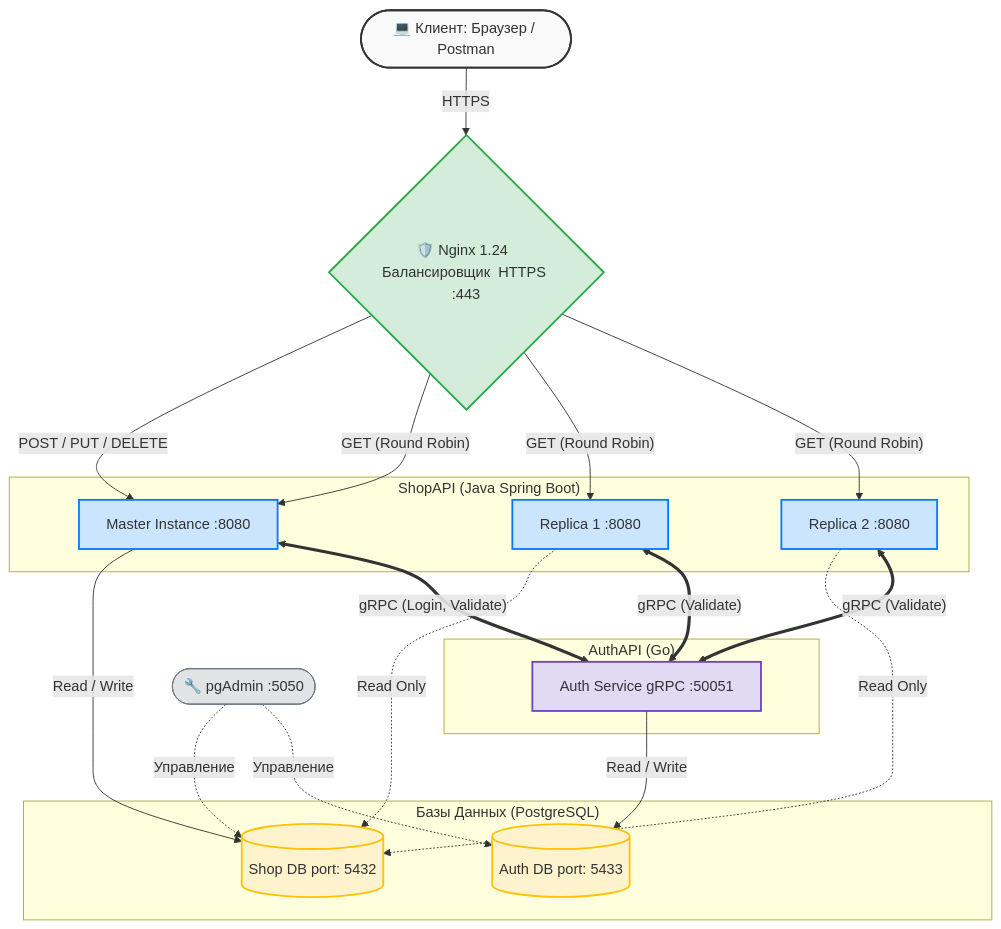
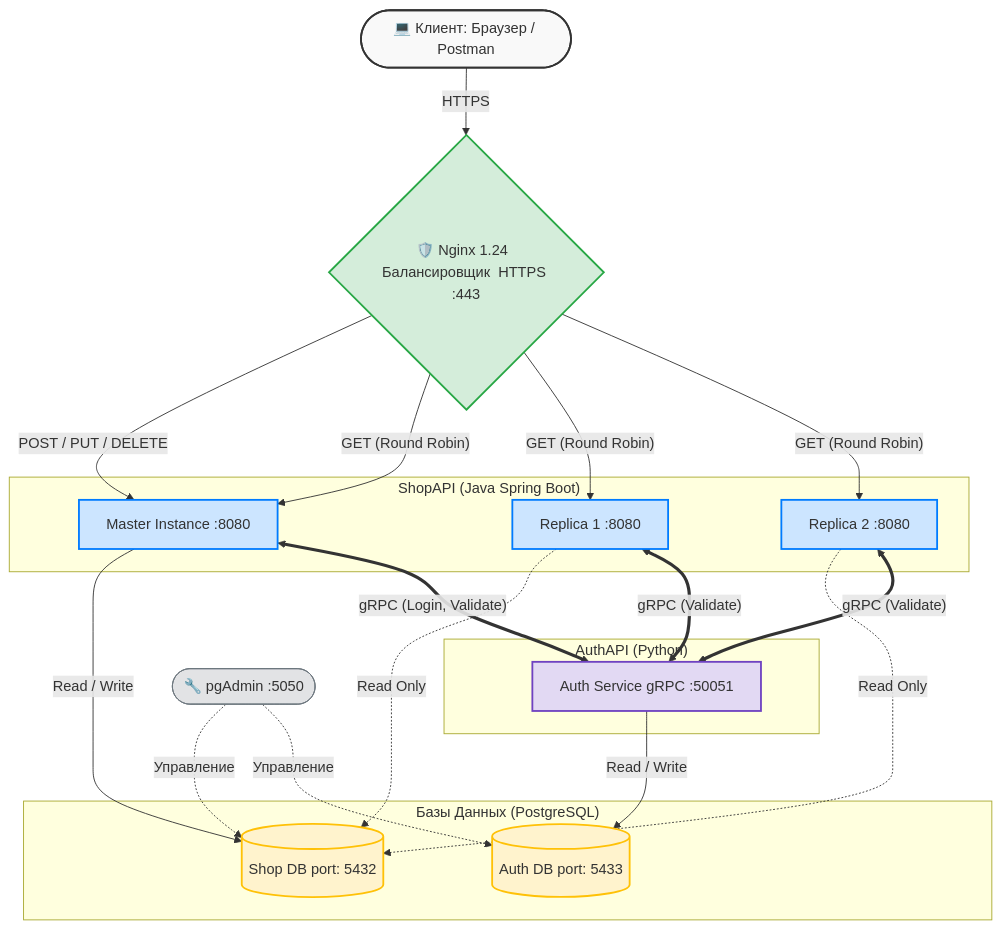
One commit to shepherl/BE4_GRPCAuth changed the diagram in architecture.md. Above: the diagram before and after it, drawn with Mermaid.

Commit message:
Исправил в схеме Go на Python

````diff
--- a/architecture.md
+++ b/architecture.md
@@ -1,48 +1,48 @@
  ```mermaid
   flowchart TD
       %% Определяем стили узлов
       classDef client fill:#f9f9f9,stroke:#333,stroke-width:2px;
       classDef nginx fill:#d4edda,stroke:#28a745,stroke-width:2px;
       classDef java fill:#cce5ff,stroke:#007bff,stroke-width:2px;
       classDef go fill:#e2d9f3,stroke:#6f42c1,stroke-width:2px;
       classDef db fill:#fff3cd,stroke:#ffc107,stroke-width:2px;
       classDef admin fill:#e2e3e5,stroke:#6c757d,stroke-width:1px;
 
       Client([💻 Клиент: Браузер / Postman]):::client
       Nginx{🛡️ Nginx 1.24  Балансировщик  HTTPS :443}:::nginx
 
       subgraph "ShopAPI (Java Spring Boot)"
           Master[Master Instance  :8080]:::java
           Rep1[Replica 1  :8080]:::java
           Rep2[Replica 2  :8080]:::java
       end
 
-      subgraph "AuthAPI (Go)"
+      subgraph "AuthAPI (Python)"
           Auth[Auth Service  gRPC :50051]:::go
       end
 
       subgraph "Базы Данных (PostgreSQL)"
           ShopDB[(Shop DB  port: 5432)]:::db
           AuthDB[(Auth DB  port: 5433)]:::db
       end
 
       Admin([🔧 pgAdmin  :5050]):::admin
 
       Client -- HTTPS --> Nginx
       Nginx -- "POST / PUT / DELETE" --> Master
       Nginx -- "GET (Round Robin)" --> Master
       Nginx -- "GET (Round Robin)" --> Rep1
       Nginx -- "GET (Round Robin)" --> Rep2
 
       Master -- "Read / Write" --> ShopDB
       Rep1 -. "Read Only" .-> ShopDB
       Rep2 -. "Read Only" .-> ShopDB
       Auth -- "Read / Write" --> AuthDB
 
       Admin -. "Управление" .-> ShopDB
       Admin -. "Управление" .-> AuthDB
 
       Master <== "gRPC (Login, Validate)" ==> Auth
       Rep1 <== "gRPC (Validate)" ==> Auth
       Rep2 <== "gRPC (Validate)" ==> Auth
   ```
````
